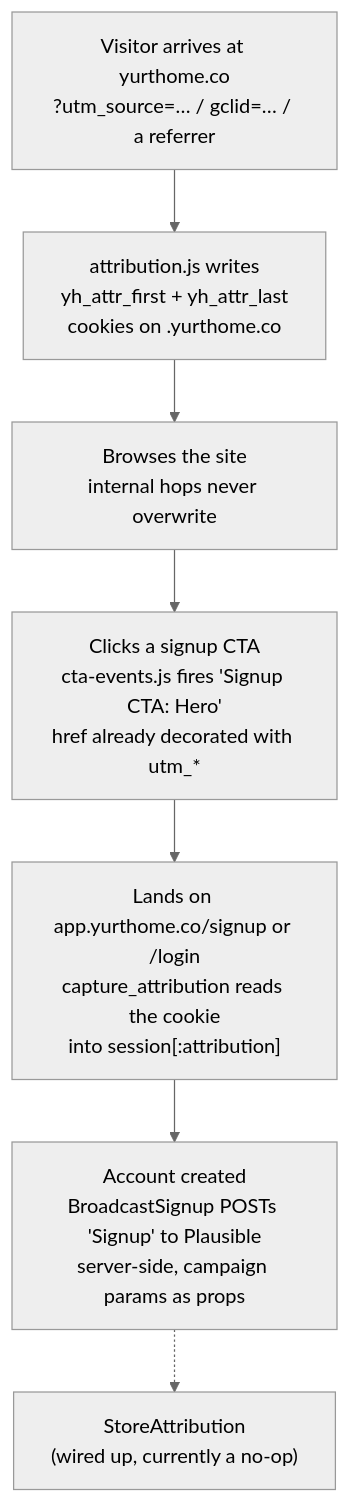
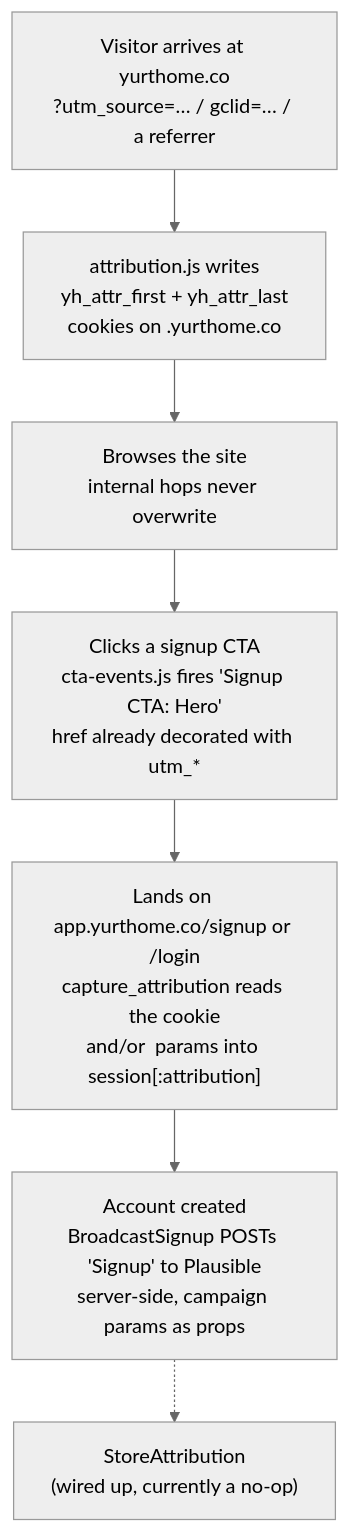
Before and after one commit to yurtapp/yurtapp.github.io: the diagram in ATTRIBUTION.md, drawn with Mermaid (neutral theme). The commit also changed other lines of this file, not shown here.

````diff
--- a/ATTRIBUTION.md
+++ b/ATTRIBUTION.md
@@ -32,9 +31,9 @@
 ```mermaid
 flowchart TD
     A["Visitor arrives at yurthome.co<br/>?utm_source=… / gclid=… / a referrer"] --> B["attribution.js writes<br/>yh_attr_first + yh_attr_last<br/>cookies on .yurthome.co"]
     B --> C["Browses the site<br/>internal hops never overwrite"]
     C --> D["Clicks a signup CTA<br/>cta-events.js fires 'Signup CTA: Hero'<br/>href already decorated with utm_*"]
-    D --> E["Lands on app.yurthome.co/signup or /login<br/>capture_attribution reads the cookie<br/>into session[:attribution]"]
+    D --> E["Lands on app.yurthome.co/signup or /login<br/>capture_attribution reads the cookie<br/>and/or  params into session[:attribution]"]
     E --> F["Account created<br/>BroadcastSignup POSTs 'Signup' to Plausible<br/>server-side, campaign params as props"]
     F -.-> G["StoreAttribution<br/>(wired up, currently a no-op)"]
 ```
````
